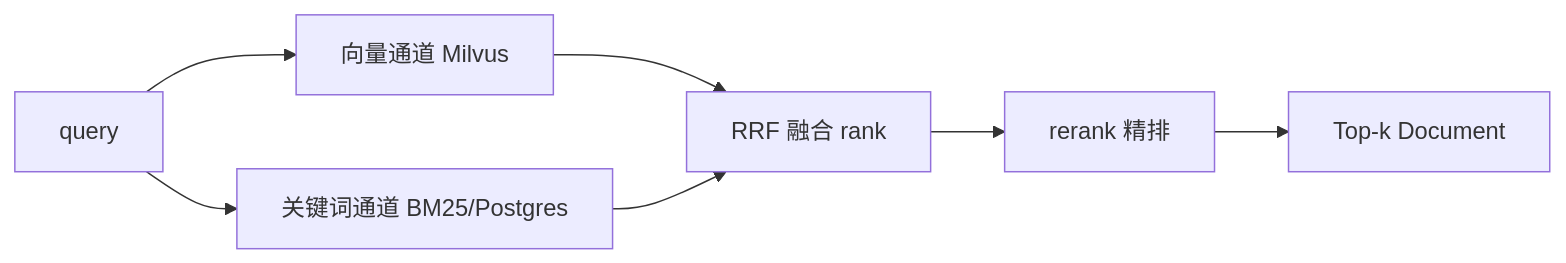
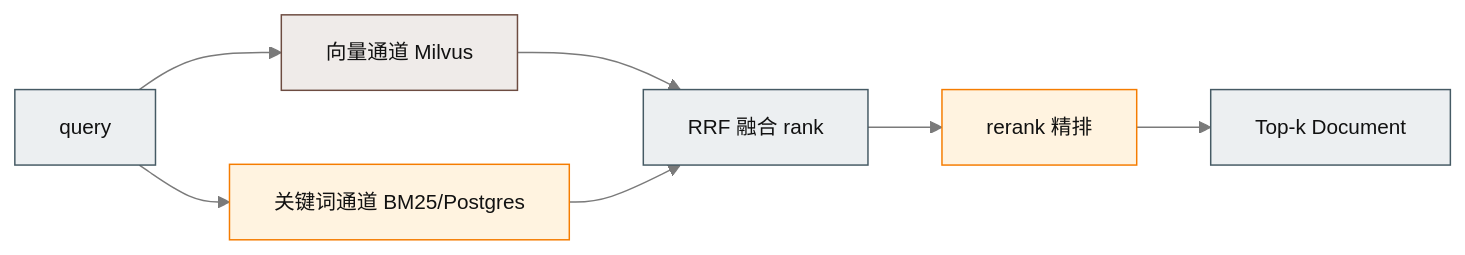
The second of 2 diagrams in docs/DEEP_DIVE.md (Zhuliqx/Agentchat), drawn with Mermaid before and after one commit. The commit also changed other lines of this file and 5 other files, not shown here.

Commit message:
优化mermaid图

````diff
--- a/docs/DEEP_DIVE.md
+++ b/docs/DEEP_DIVE.md
@@ -282,9 +282,13 @@
 ```mermaid
+%%{init: {"theme":"base", "themeVariables": {"primaryColor":"#ecf3ff", "primaryBorderColor":"#3b6fd4", "primaryTextColor":"#111", "lineColor":"#7a7a7a", "fontSize":"14px", "clusterBkg":"#f7f8fa", "clusterBorder":"#c4c9d2", "secondaryColor":"#fef9ef", "tertiaryColor":"#f2f7f2", "actorBkg":"#ecf3ff", "actorBorder":"#3b6fd4", "noteBkg":"#fef9ef"}}}%%
 flowchart LR
-    Q[query] --> D[向量通道 Milvus]
-    Q --> B[关键词通道 BM25/Postgres]
-    D --> RRF[RRF 融合 rank]
+    classDef data fill:#efebe9,stroke:#6d4c41
+    classDef rag fill:#fff3e0,stroke:#f57c00
+    classDef tool fill:#eceff1,stroke:#455a64
+    Q[query]:::tool --> D[向量通道 Milvus]:::data
+    Q --> B[关键词通道 BM25/Postgres]:::rag
+    D --> RRF[RRF 融合 rank]:::tool
     B --> RRF
-    RRF --> RR[rerank 精排]
-    RR --> OUT[Top-k Document]
+    RRF --> RR[rerank 精排]:::rag
+    RR --> OUT[Top-k Document]:::tool
 ```
````
